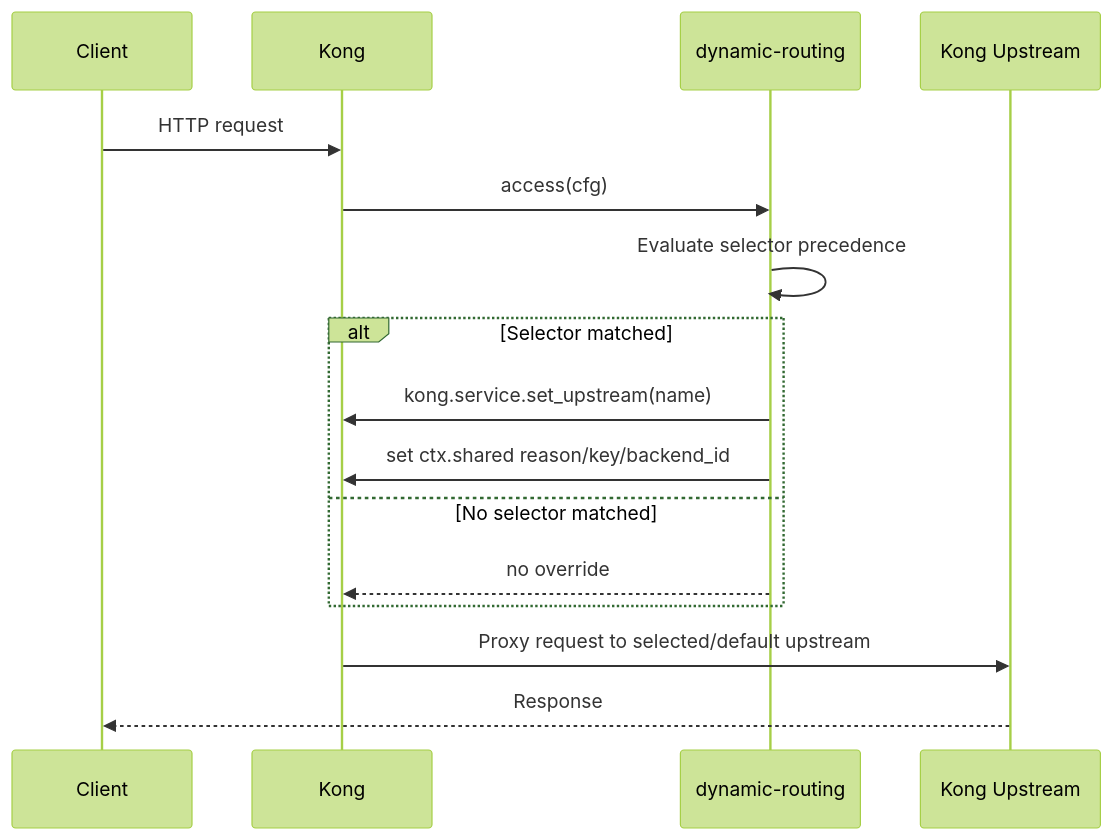
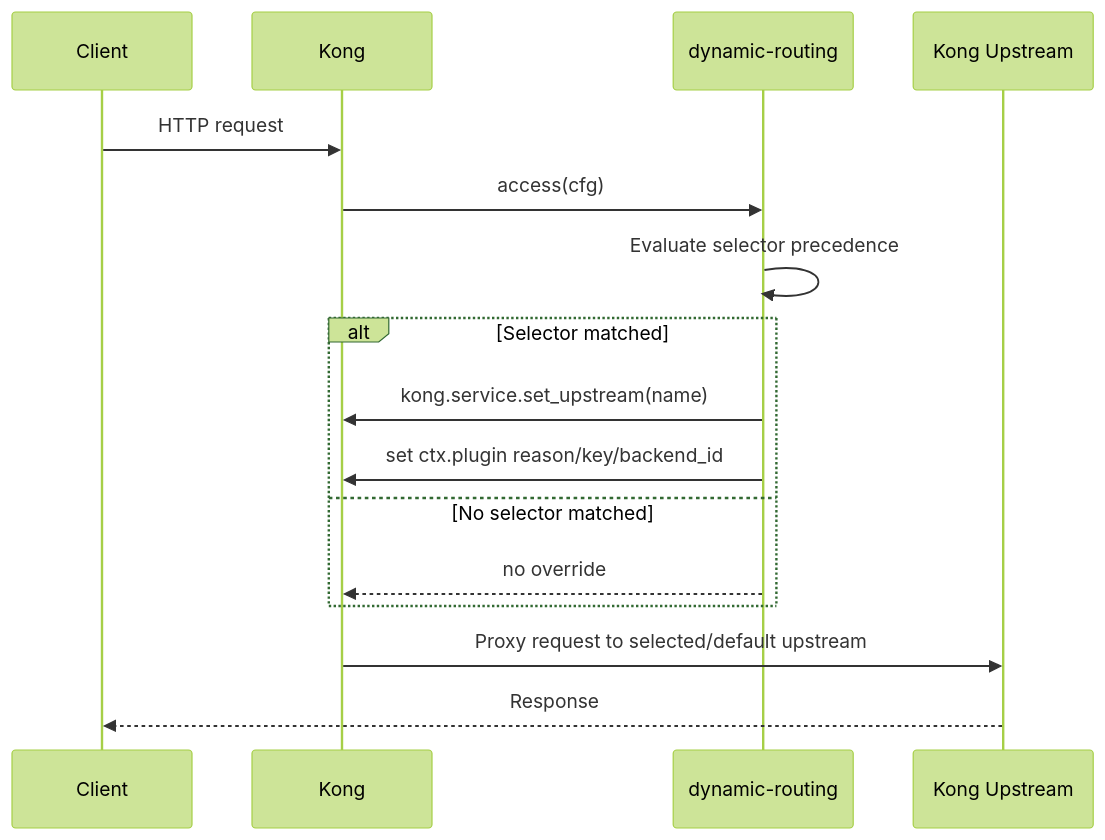
Before and after one commit to ShanmughasundaramRajendran/kong-plugin-upstream-env-selector: the second of 2 diagrams in docs/plugin-code-walkthrough.md, drawn with Mermaid (forest theme). The commit also changed other lines of this file and 4 other files, not shown here.

Commit message:
Use kong.ctx.plugin for dynamic-routing metadata

````diff
--- a/docs/plugin-code-walkthrough.md
+++ b/docs/plugin-code-walkthrough.md
@@ -67,19 +67,19 @@
 ```mermaid
 sequenceDiagram
     participant Client
     participant Kong
     participant DR as dynamic-routing
     participant Up as Kong Upstream
 
     Client->>Kong: HTTP request
     Kong->>DR: access(cfg)
     DR->>DR: Evaluate selector precedence
     alt Selector matched
       DR->>Kong: kong.service.set_upstream(name)
-      DR->>Kong: set ctx.shared reason/key/backend_id
+      DR->>Kong: set ctx.plugin reason/key/backend_id
     else No selector matched
       DR-->>Kong: no override
     end
     Kong->>Up: Proxy request to selected/default upstream
     Up-->>Client: Response
 ```
````
